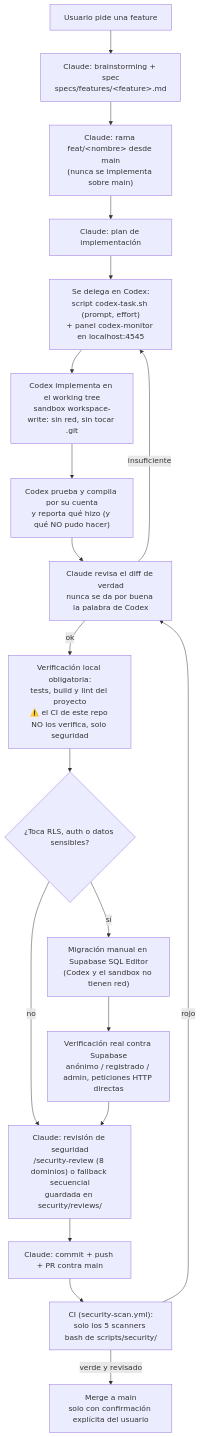
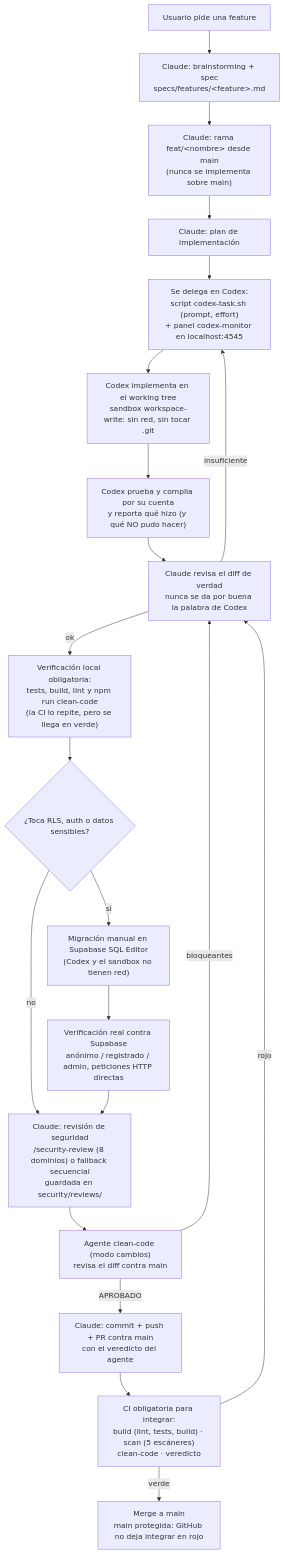
One commit to pedroleni/tech-study-tracker changed the first of 2 diagrams in README.md. Above: the diagram before and after it, drawn with Mermaid. The commit also changed other lines of this file and 20 other files, not shown here.

First line of the commit message:
feat: agente y puerta automática de clean code

````diff
--- a/README.md
+++ b/README.md
@@ -46,21 +46,23 @@
 ```mermaid
 flowchart TD
     A["Usuario pide una feature"] --> B["Claude: brainstorming + spec<br/>specs/features/&lt;feature&gt;.md"]
     B --> C["Claude: rama feat/&lt;nombre&gt; desde main<br/>(nunca se implementa sobre main)"]
     C --> D["Claude: plan de implementación"]
     D --> E["Se delega en Codex:<br/>script codex-task.sh (prompt, effort)<br/>+ panel codex-monitor en localhost:4545"]
     E --> F["Codex implementa en el working tree<br/>sandbox workspace-write: sin red, sin tocar .git"]
     F --> G["Codex prueba y compila por su cuenta<br/>y reporta qué hizo (y qué NO pudo hacer)"]
     G --> H["Claude revisa el diff de verdad<br/>nunca se da por buena la palabra de Codex"]
     H -->|insuficiente| E
-    H -->|ok| I["Verificación local obligatoria:<br/>tests, build y lint del proyecto<br/>⚠️ el CI de este repo NO los verifica, solo seguridad"]
+    H -->|ok| I["Verificación local obligatoria:<br/>tests, build, lint y npm run clean-code<br/>(la CI lo repite, pero se llega en verde)"]
     I --> J{"¿Toca RLS, auth o datos sensibles?"}
     J -->|sí| K["Migración manual en Supabase SQL Editor<br/>(Codex y el sandbox no tienen red)"]
     K --> L["Verificación real contra Supabase<br/>anónimo / registrado / admin, peticiones HTTP directas"]
     J -->|no| M
     L --> M["Claude: revisión de seguridad<br/>/security-review (8 dominios) o fallback secuencial<br/>guardada en security/reviews/"]
-    M --> N["Claude: commit + push + PR contra main"]
-    N --> O["CI (security-scan.yml):<br/>solo los 5 scanners bash de scripts/security/"]
+    M --> CC["Agente clean-code (modo cambios)<br/>revisa el diff contra main"]
+    CC -->|bloqueantes| H
+    CC -->|APROBADO| N["Claude: commit + push + PR contra main<br/>con el veredicto del agente"]
+    N --> O["CI obligatoria para integrar:<br/>build (lint, tests, build) · scan (5 escáneres)<br/>clean-code · veredicto"]
     O -->|rojo| H
-    O -->|verde y revisado| P["Merge a main<br/>solo con confirmación explícita del usuario"]
+    O -->|verde| P["Merge a main<br/>main protegida: GitHub no deja integrar en rojo"]
 ```
````
